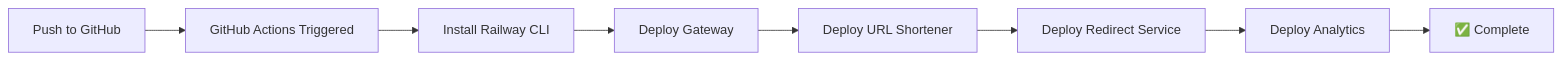
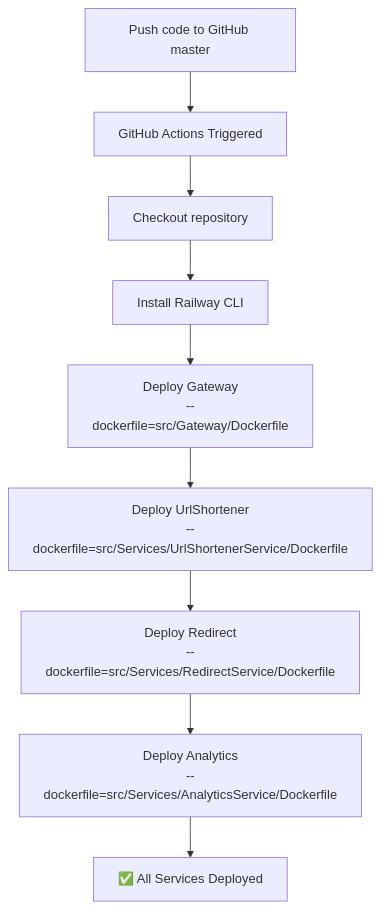
The diagram in RAILWAY_DEPLOYMENT.md (tuandthe/URLShortener), drawn with Mermaid before and after one commit. The commit also changed other lines of this file and 9 other files, not shown here.

````diff
--- a/RAILWAY_DEPLOYMENT.md
+++ b/RAILWAY_DEPLOYMENT.md
@@ -192,10 +180,11 @@
 ```mermaid
-graph LR
-    A[Push to GitHub] --> B[GitHub Actions Triggered]
-    B --> C[Install Railway CLI]
-    C --> D[Deploy Gateway]
-    D --> E[Deploy URL Shortener]
-    E --> F[Deploy Redirect Service]
-    F --> G[Deploy Analytics]
-    G --> H[✅ Complete]
+graph TB
+    A[Push code to GitHub master] --> B[GitHub Actions Triggered]
+    B --> C[Checkout repository]
+    C --> D[Install Railway CLI]
+    D --> E[Deploy Gateway<br/>--dockerfile=src/Gateway/Dockerfile]
+    E --> F[Deploy UrlShortener<br/>--dockerfile=src/Services/UrlShortenerService/Dockerfile]
+    F --> G[Deploy Redirect<br/>--dockerfile=src/Services/RedirectService/Dockerfile]
+    G --> H[Deploy Analytics<br/>--dockerfile=src/Services/AnalyticsService/Dockerfile]
+    H --> I[✅ All Services Deployed]
 ```
````
